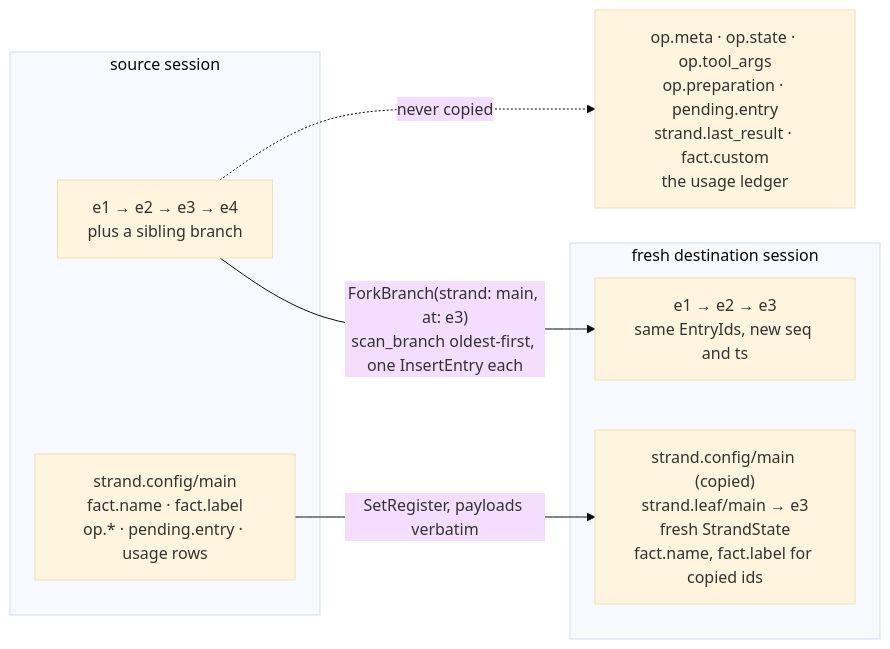
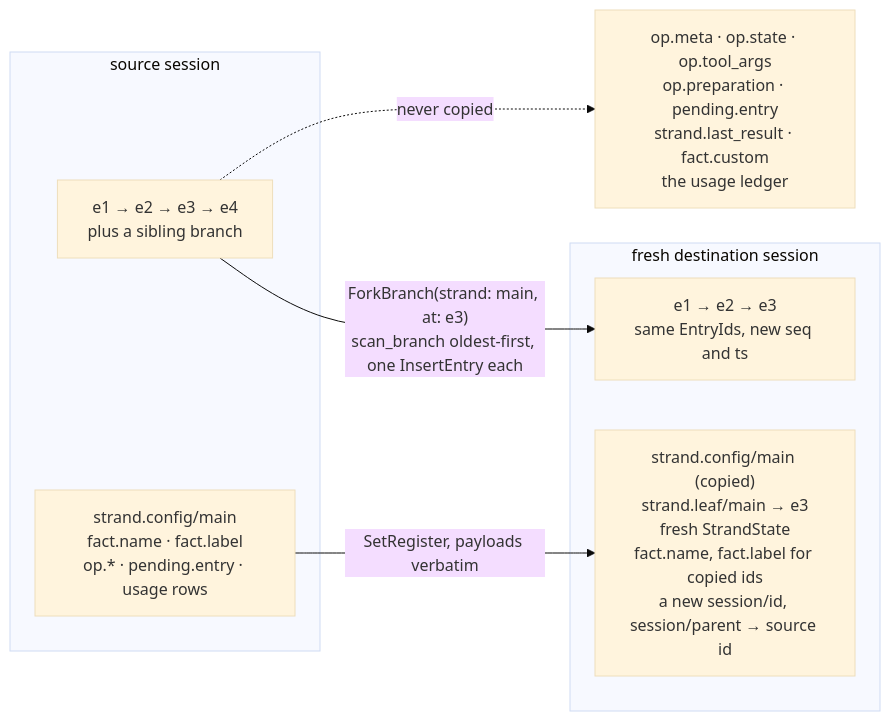
Before and after one commit to Roasbeef/loom: the fourth of 5 diagrams in packages/session/README.md, drawn with Mermaid (base theme). The commit also changed other lines of this file, not shown here.

First line of the commit message:
session: document the full Session record and ids

````diff
--- a/packages/session/README.md
+++ b/packages/session/README.md
@@ -248,14 +269,14 @@
 ```mermaid
 flowchart LR
     subgraph src["source session"]
         S1["e1 → e2 → e3 → e4<br/>plus a sibling branch"]
         SR["strand.config/main<br/>fact.name · fact.label<br/>op.* · pending.entry · usage rows"]
     end
     subgraph dst["fresh destination session"]
         D1["e1 → e2 → e3<br/>same EntryIds, new seq and ts"]
-        DR["strand.config/main (copied)<br/>strand.leaf/main → e3<br/>fresh StrandState<br/>fact.name, fact.label for copied ids"]
+        DR["strand.config/main (copied)<br/>strand.leaf/main → e3<br/>fresh StrandState<br/>fact.name, fact.label for copied ids<br/>a new session/id, session/parent → source id"]
     end
     S1 -->|"ForkBranch(strand: main, at: e3)<br/>scan_branch oldest-first, one InsertEntry each"| D1
     SR -->|"SetRegister, payloads verbatim"| DR
     S1 -.->|"never copied"| X["op.meta · op.state · op.tool_args<br/>op.preparation · pending.entry<br/>strand.last_result · fact.custom<br/>the usage ledger"]
 ```
````
